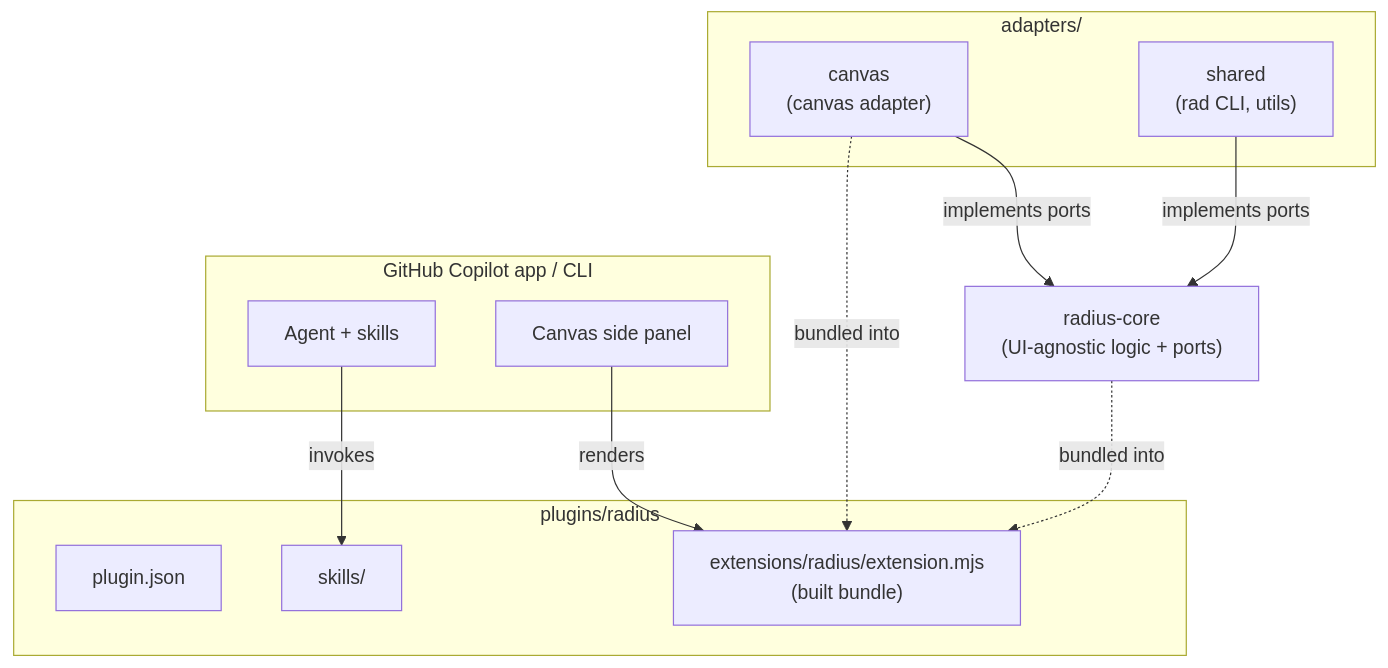
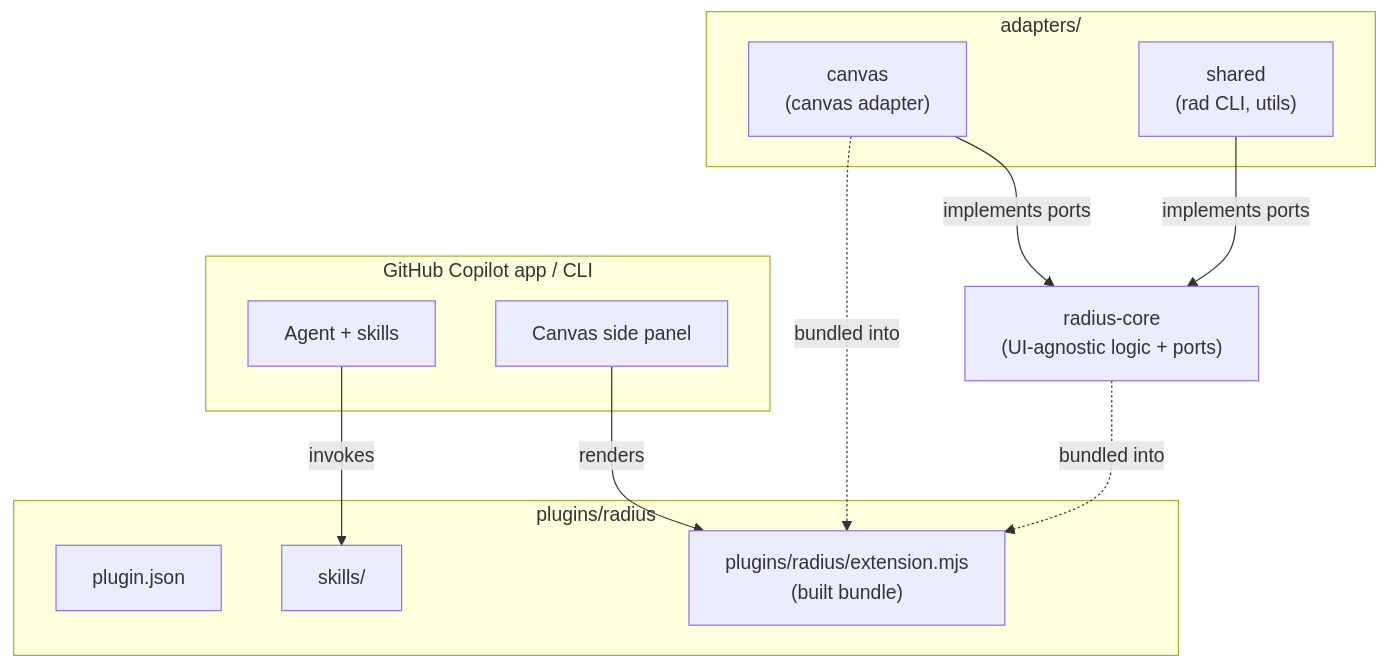
One commit to radius-project/ai-extensions changed the first of 5 diagrams in .github/skills/radius-architecture-documenter/references/mermaid-patterns.md. Above: the diagram before and after it, drawn with Mermaid. The commit also changed other lines of this file and 18 other files, not shown here.

````diff
--- a/.github/skills/radius-architecture-documenter/references/mermaid-patterns.md
+++ b/.github/skills/radius-architecture-documenter/references/mermaid-patterns.md
@@ -7,27 +7,27 @@
 ```mermaid
 graph TD
     subgraph Copilot["GitHub Copilot app / CLI"]
         Agent["Agent + skills"]
         Panel["Canvas side panel"]
     end
 
     subgraph Plugin["plugins/radius"]
         Manifest["plugin.json"]
         Skills["skills/"]
-        Ext["extensions/radius/extension.mjs<br/>(built bundle)"]
+        Ext["plugins/radius/extension.mjs<br/>(built bundle)"]
     end
 
     subgraph Adapters["adapters/"]
         Canvas["canvas<br/>(canvas adapter)"]
         Shared["shared<br/>(rad CLI, utils)"]
     end
 
     Core["radius-core<br/>(UI-agnostic logic + ports)"]
 
     Agent -->|invokes| Skills
     Panel -->|renders| Ext
     Canvas -->|implements ports| Core
     Shared -->|implements ports| Core
     Canvas -.->|bundled into| Ext
     Core -.->|bundled into| Ext
 ```
````
